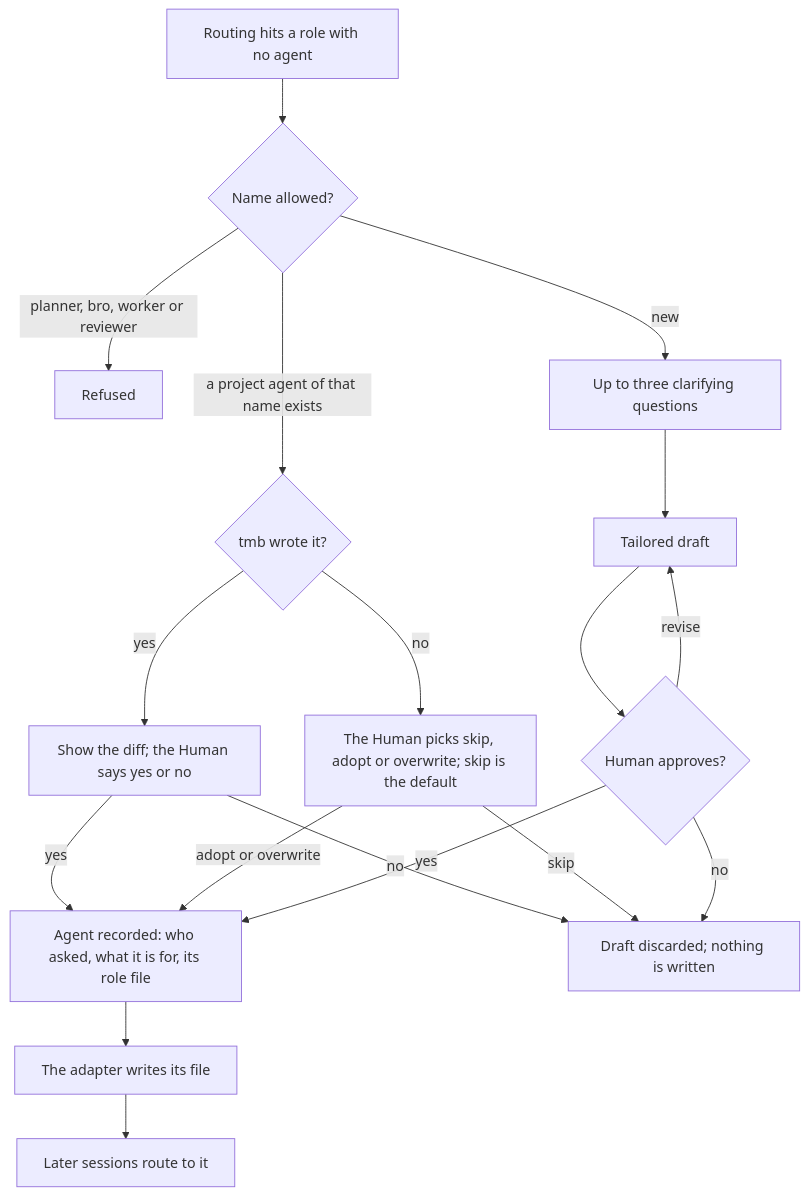
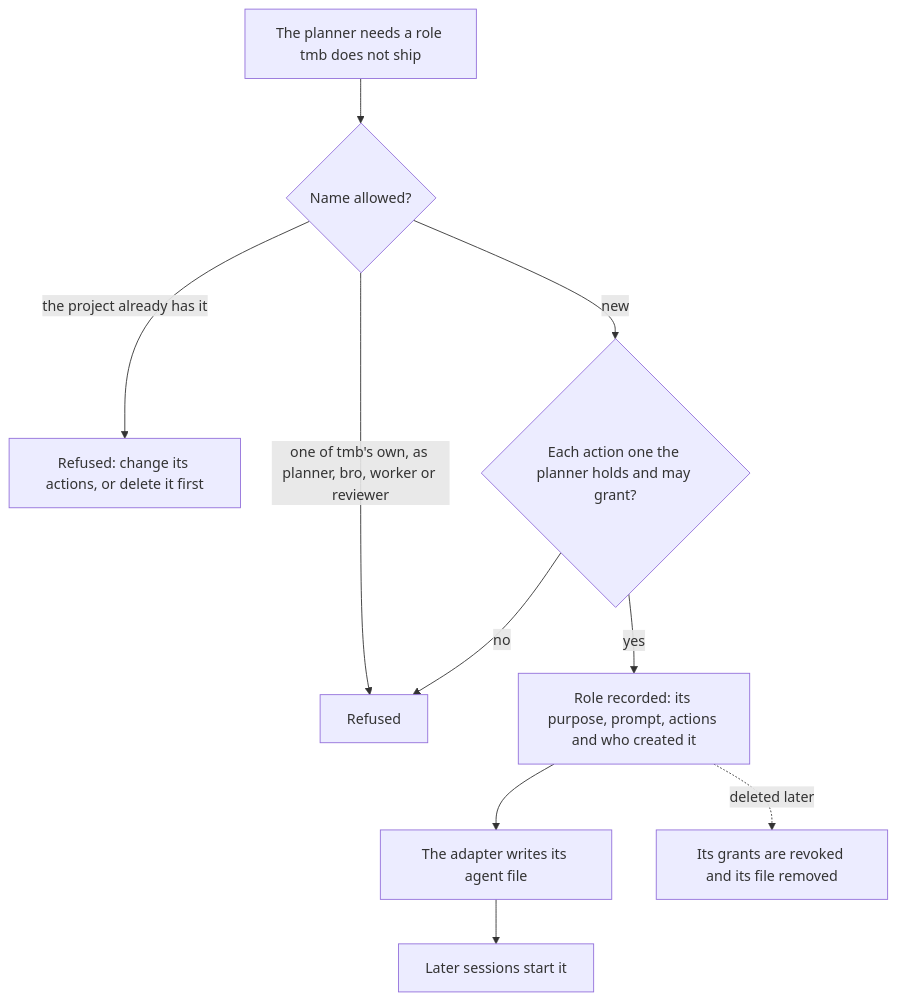
The sixth of 7 diagrams in docs/flows/4_EXTENDING.md (trustmybot/tmb), drawn with Mermaid before and after one commit. The commit also changed other lines of this file and 72 other files, not shown here.

First line of the commit message:
✨ feat: roles as data, a narrow Human, signed planner closes (#505)

````diff
--- a/docs/flows/4_EXTENDING.md
+++ b/docs/flows/4_EXTENDING.md
@@ -205,20 +205,12 @@
 ```mermaid
 flowchart TD
-    A["Routing hits a role with no agent"] --> B{"Name allowed?"}
-    B -- "planner, bro, worker or reviewer" --> X["Refused"]
-    B -- "a project agent of that name exists" --> T{"tmb wrote it?"}
-    T -- yes --> U["Show the diff; the Human says yes or no"]
-    T -- no --> V["The Human picks skip, adopt or overwrite; skip is the default"]
-    U -- yes --> W
-    V -- "adopt or overwrite" --> W
-    U -- no --> Z
-    V -- skip --> Z
-    B -- new --> Q["Up to three clarifying questions"]
-    Q --> D["Tailored draft"]
-    D --> H{"Human approves?"}
-    H -- revise --> D
-    H -- no --> Z["Draft discarded; nothing is written"]
-    H -- yes --> W["Agent recorded: who asked, what it is for, its role file"]
-    W --> P["The adapter writes its file"]
-    P --> R["Later sessions route to it"]
+    A["The planner needs a role tmb does not ship"] --> B{"Name allowed?"}
+    B -- "one of tmb's own, as planner, bro, worker or reviewer" --> X["Refused"]
+    B -- "the project already has it" --> Y["Refused: change its actions, or delete it first"]
+    B -- new --> C{"Each action one the planner holds and may grant?"}
+    C -- no --> X
+    C -- yes --> W["Role recorded: its purpose, prompt, actions and who created it"]
+    W --> P["The adapter writes its agent file"]
+    P --> R["Later sessions start it"]
+    W -. "deleted later" .-> D["Its grants are revoked and its file removed"]
 ```
````
